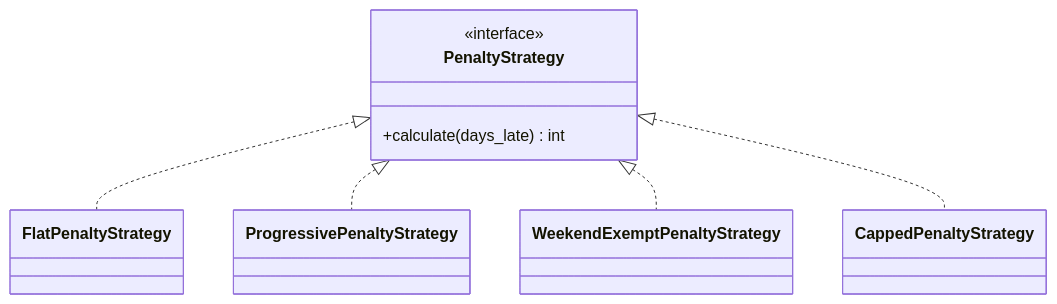
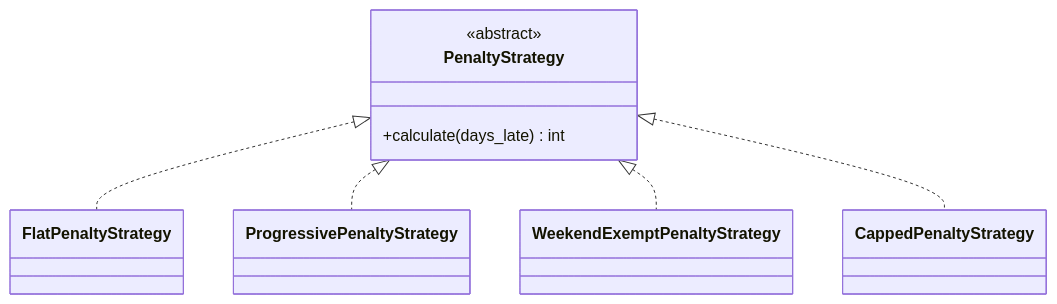
One commit to stanko-dev/library-management-system changed the second of 2 diagrams in README.md. Above: the diagram before and after it, drawn with Mermaid. The commit also changed 1 other file, not shown here.

Commit message:
docs: README.md diagrams update :)

````diff
--- a/README.md
+++ b/README.md
@@ -88,11 +88,11 @@
 ```mermaid
 classDiagram
     class PenaltyStrategy {
-        <<interface>>
+        <<abstract>>
         +calculate(days_late) int
     }
     PenaltyStrategy <|.. FlatPenaltyStrategy
     PenaltyStrategy <|.. ProgressivePenaltyStrategy
     PenaltyStrategy <|.. WeekendExemptPenaltyStrategy
     PenaltyStrategy <|.. CappedPenaltyStrategy
 ```
````
